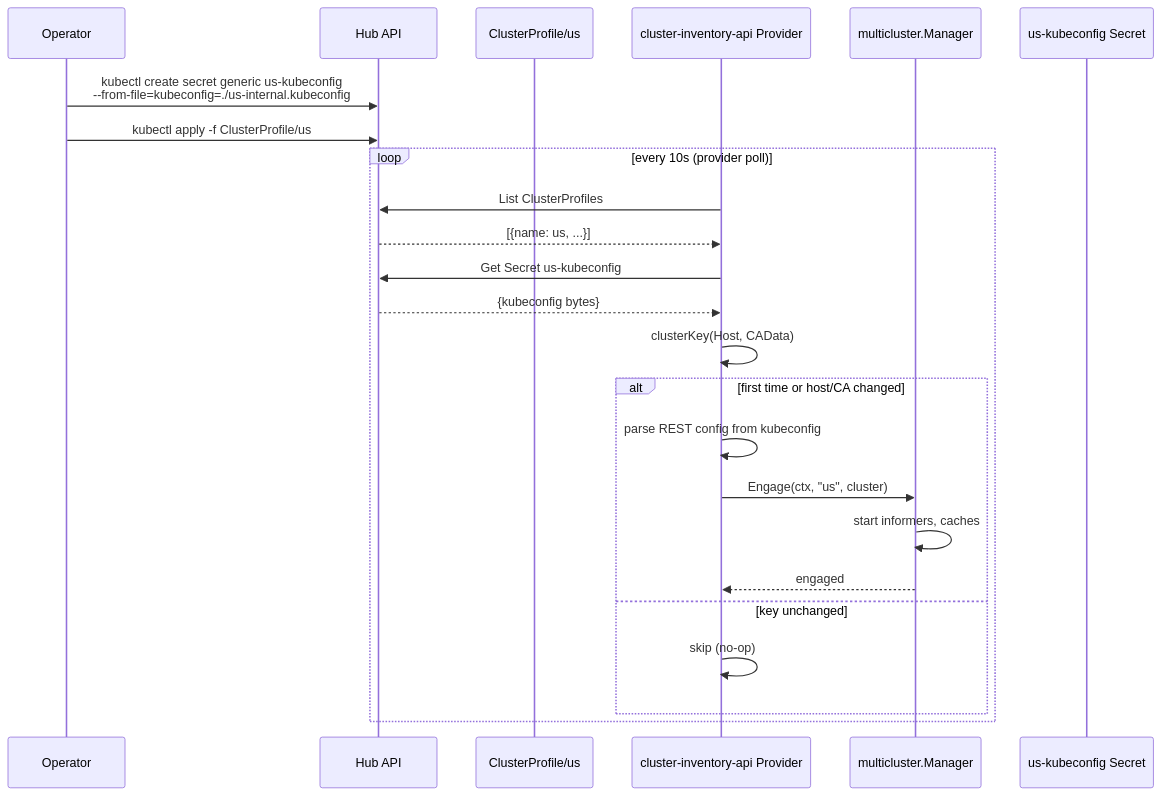
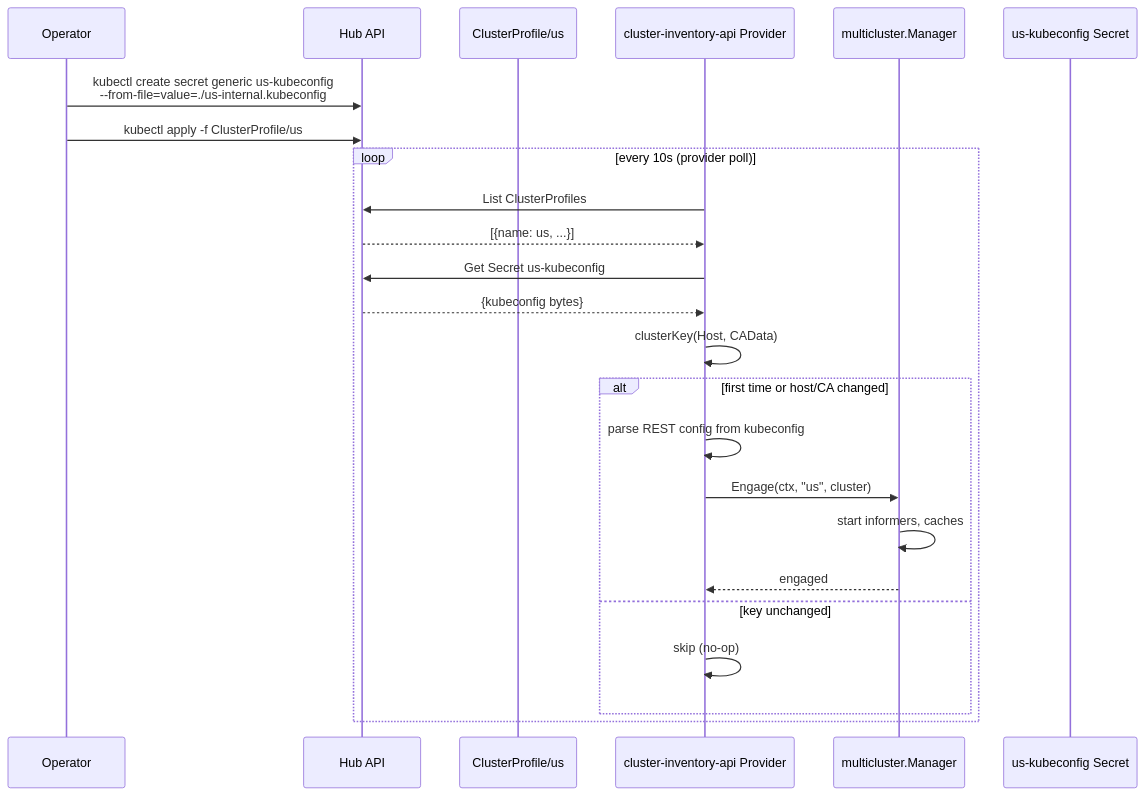
One commit to sojoner/kro-lab changed the diagram in docs/platform-mvp/03-fleet-registration.md. Above: the diagram before and after it, drawn with Mermaid. The commit also changed other lines of this file and 8 other files, not shown here.

````diff
--- a/docs/platform-mvp/03-fleet-registration.md
+++ b/docs/platform-mvp/03-fleet-registration.md
@@ -9,30 +9,30 @@
 ```mermaid
 sequenceDiagram
     participant Admin as Operator
     participant Hub as Hub API
     participant CP as ClusterProfile/us
     participant P as cluster-inventory-api Provider
     participant MGR as multicluster.Manager
     participant Secret as us-kubeconfig Secret
 
-    Admin->>Hub: kubectl create secret generic us-kubeconfig<br/>--from-file=kubeconfig=./us-internal.kubeconfig
+    Admin->>Hub: kubectl create secret generic us-kubeconfig<br/>--from-file=value=./us-internal.kubeconfig
     Admin->>Hub: kubectl apply -f ClusterProfile/us
 
     loop every 10s (provider poll)
         P->>Hub: List ClusterProfiles
         Hub-->>P: [{name: us, ...}]
 
         P->>Hub: Get Secret us-kubeconfig
         Hub-->>P: {kubeconfig bytes}
 
         P->>P: clusterKey(Host, CAData)
         alt first time or host/CA changed
             P->>P: parse REST config from kubeconfig
             P->>MGR: Engage(ctx, "us", cluster)
             MGR->>MGR: start informers, caches
             MGR-->>P: engaged
         else key unchanged
             P->>P: skip (no-op)
         end
     end
 ```
````
